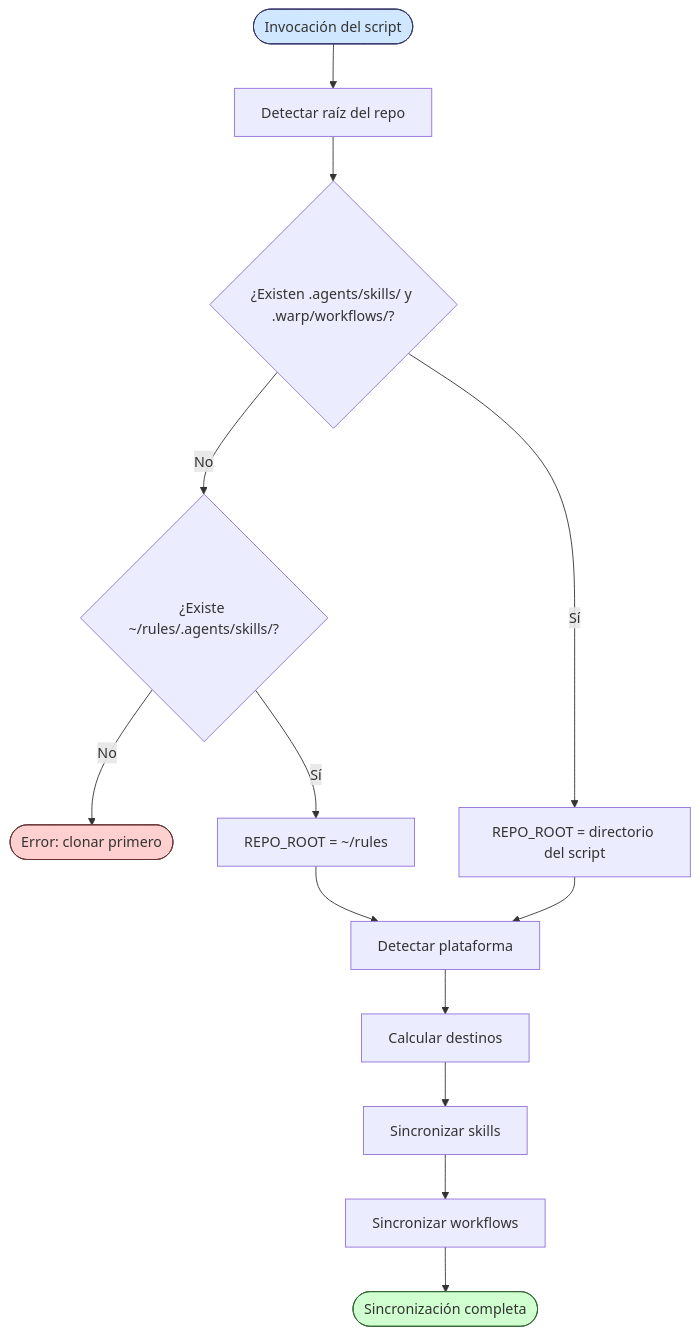
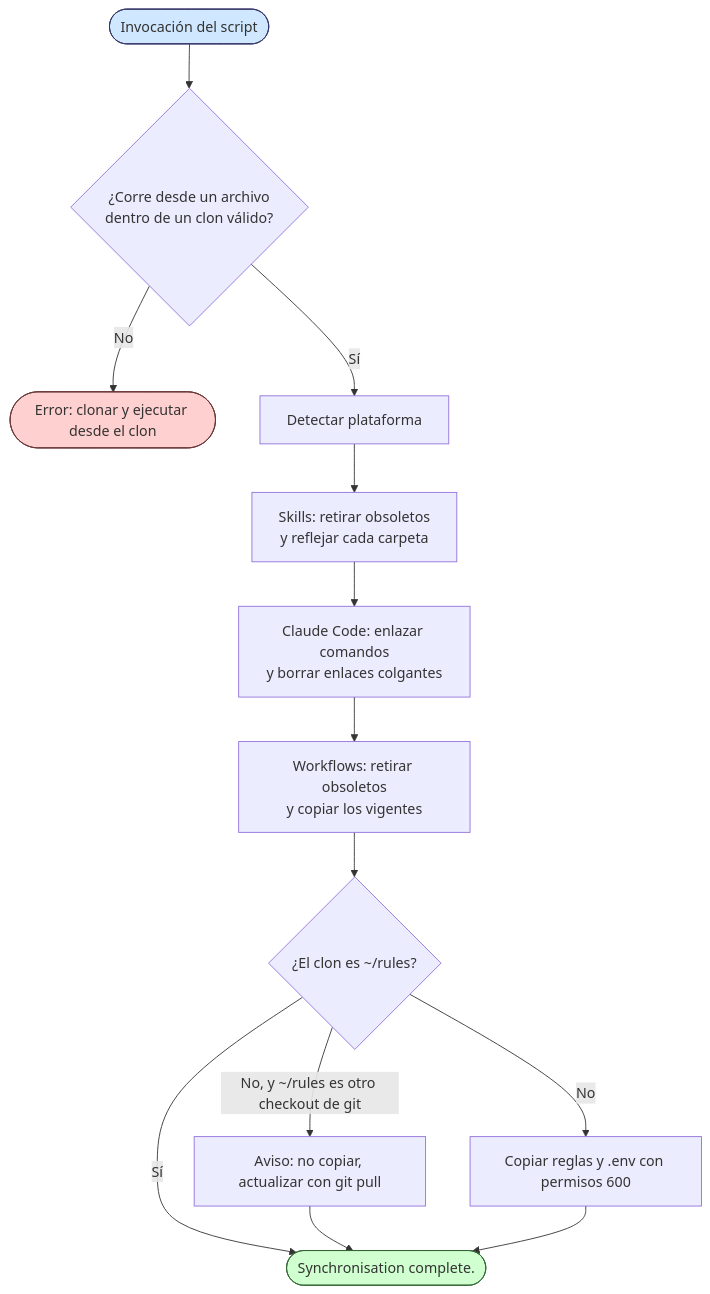
Before and after one commit to incognia/rules: the first of 3 diagrams in docs/SYNC.md, drawn with Mermaid. The commit also changed other lines of this file and 89 other files, not shown here.

````diff
--- a/docs/SYNC.md
+++ b/docs/SYNC.md
@@ -26,19 +40,19 @@
 ```mermaid
 flowchart TD
-    A([Invocación del script]) --> B[Detectar raíz del repo]
-    B --> C{¿Existen .agents/skills/ y .warp/workflows/?}
-    C -->|No| D{¿Existe ~/rules/.agents/skills/?}
-    D -->|No| E([Error: clonar primero])
-    D -->|Sí| F[REPO_ROOT = ~/rules]
-    C -->|Sí| G[REPO_ROOT = directorio del script]
-    F --> H[Detectar plataforma]
-    G --> H
-    H --> I[Calcular destinos]
-    I --> J[Sincronizar skills]
-    J --> K[Sincronizar workflows]
-    K --> L([Sincronización completa])
+    A([Invocación del script]) --> B{¿Corre desde un archivo<br/>dentro de un clon válido?}
+    B -->|No| E([Error: clonar y ejecutar desde el clon])
+    B -->|Sí| C[Detectar plataforma]
+    C --> D[Skills: retirar obsoletos<br/>y reflejar cada carpeta]
+    D --> F[Claude Code: enlazar comandos<br/>y borrar enlaces colgantes]
+    F --> G[Workflows: retirar obsoletos<br/>y copiar los vigentes]
+    G --> H{¿El clon es ~/rules?}
+    H -->|Sí| J([Synchronisation complete.])
+    H -->|No, y ~/rules es otro checkout de git| I[Aviso: no copiar, actualizar con git pull]
+    H -->|No| K[Copiar reglas y .env con permisos 600]
+    I --> J
+    K --> J
 
     style A fill:#d0e8ff,stroke:#336
-    style L fill:#d0ffd0,stroke:#363
+    style J fill:#d0ffd0,stroke:#363
     style E fill:#ffd0d0,stroke:#633
 ```
````
